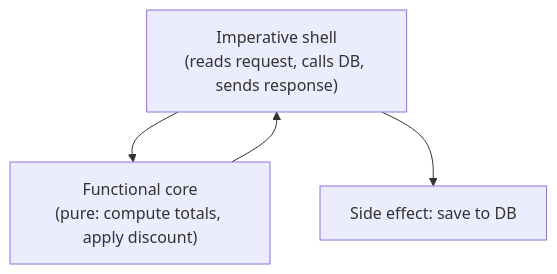
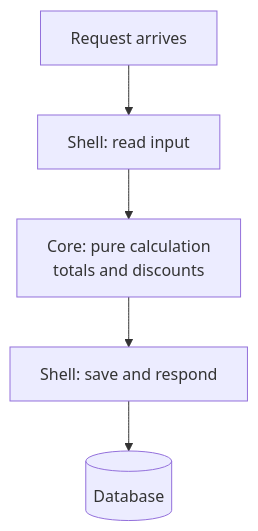
One commit to francoandreDev/knowledge changed the third of 3 diagrams in src/content/software-design/immutability/L2-concept.mdx. Above: the diagram before and after it, drawn with Mermaid. The commit also changed other lines of this file and 16 other files, not shown here.

````diff
--- a/src/content/software-design/immutability/L2-concept.mdx
+++ b/src/content/software-design/immutability/L2-concept.mdx
@@ -105,6 +83,7 @@
 ```mermaid
 flowchart TD
-    A["Imperative shell\n(reads request, calls DB, sends response)"] --> B["Functional core\n(pure: compute totals, apply discount)"]
-    B --> A
-    A --> C["Side effect: save to DB"]
+    R["Request arrives"] --> S["Shell: read input"]
+    S --> F["Core: pure calculation<br/>totals and discounts"]
+    F --> S2["Shell: save and respond"]
+    S2 --> DB[("Database")]
 ```
````
